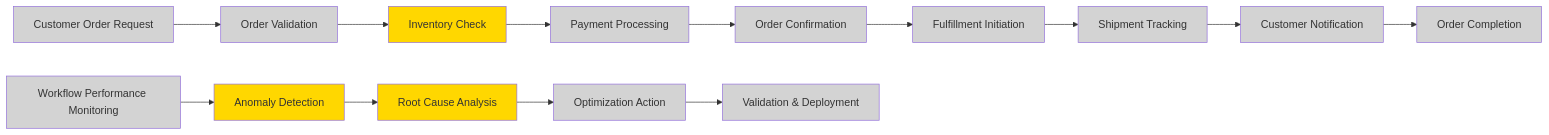
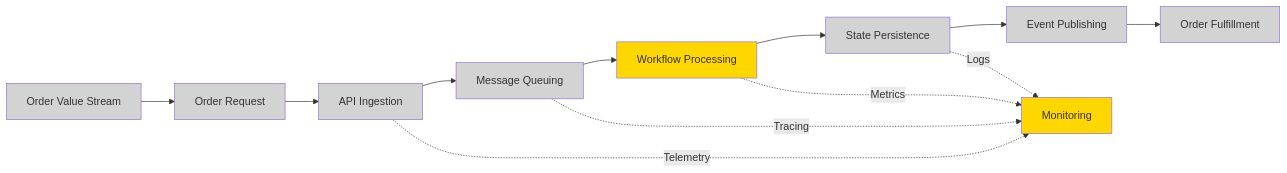
The second of 12 diagrams in bdat.md (Evilazaro/Azure-LogicApps-Monitoring), drawn with Mermaid before and after one commit. The commit also changed other lines of this file and 1 other file, not shown here.

````diff
--- a/bdat.md
+++ b/bdat.md
@@ -97,31 +94,27 @@
 ```mermaid
 flowchart LR
-    V1[Customer Order Request] --> V2[Order Validation]
-    V2 --> V3[Inventory Check]
-    V3 --> V4[Payment Processing]
-    V4 --> V5[Order Confirmation]
-    V5 --> V6[Fulfillment Initiation]
-    V6 --> V7[Shipment Tracking]
-    V7 --> V8[Customer Notification]
-    V8 --> V9[Order Completion]
+    VS[Order Value Stream]
     
-    V10[Workflow Performance Monitoring] --> V11[Anomaly Detection]
-    V11 --> V12[Root Cause Analysis]
-    V12 --> V13[Optimization Action]
-    V13 --> V14[Validation & Deployment]
+    VS --> S1[Order Request]
+    S1 --> S2[API Ingestion]
+    S2 --> S3[Message Queuing]
+    S3 --> S4[Workflow Processing]
+    S4 --> S5[State Persistence]
+    S5 --> S6[Event Publishing]
+    S6 --> S7[Order Fulfillment]
     
-    style V1 fill:#D3D3D3
-    style V2 fill:#D3D3D3
-    style V3 fill:#FFD700
-    style V4 fill:#D3D3D3
-    style V5 fill:#D3D3D3
-    style V6 fill:#D3D3D3
-    style V7 fill:#D3D3D3
-    style V8 fill:#D3D3D3
-    style V9 fill:#D3D3D3
-    style V10 fill:#D3D3D3
-    style V11 fill:#FFD700
-    style V12 fill:#FFD700
-    style V13 fill:#D3D3D3
-    style V14 fill:#D3D3D3
+    S2 -.->|Telemetry| MON[Monitoring]
+    S3 -.->|Tracing| MON
+    S4 -.->|Metrics| MON
+    S5 -.->|Logs| MON
+    
+    style VS fill:#D3D3D3
+    style S1 fill:#D3D3D3
+    style S2 fill:#D3D3D3
+    style S3 fill:#D3D3D3
+    style S4 fill:#FFD700
+    style S5 fill:#D3D3D3
+    style S6 fill:#D3D3D3
+    style S7 fill:#D3D3D3
+    style MON fill:#FFD700
 ```
````
